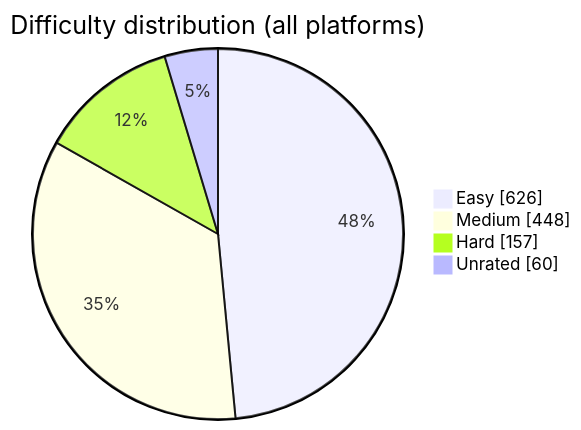
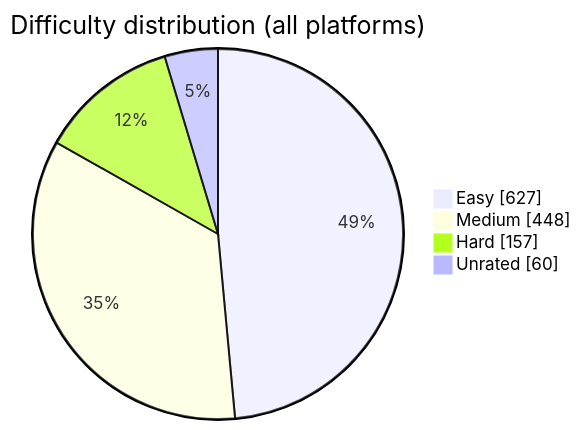
The diagram in README.md (BuildbyArindam/Daily-Coding-Log), drawn with Mermaid before and after one commit. The commit also changed other lines of this file, not shown here.

````diff
--- a/README.md
+++ b/README.md
@@ -93,7 +93,7 @@
 ```mermaid
 pie showData title Difficulty distribution (all platforms)
-    "Easy" : 626
+    "Easy" : 627
     "Medium" : 448
     "Hard" : 157
     "Unrated" : 60
 ```
````
